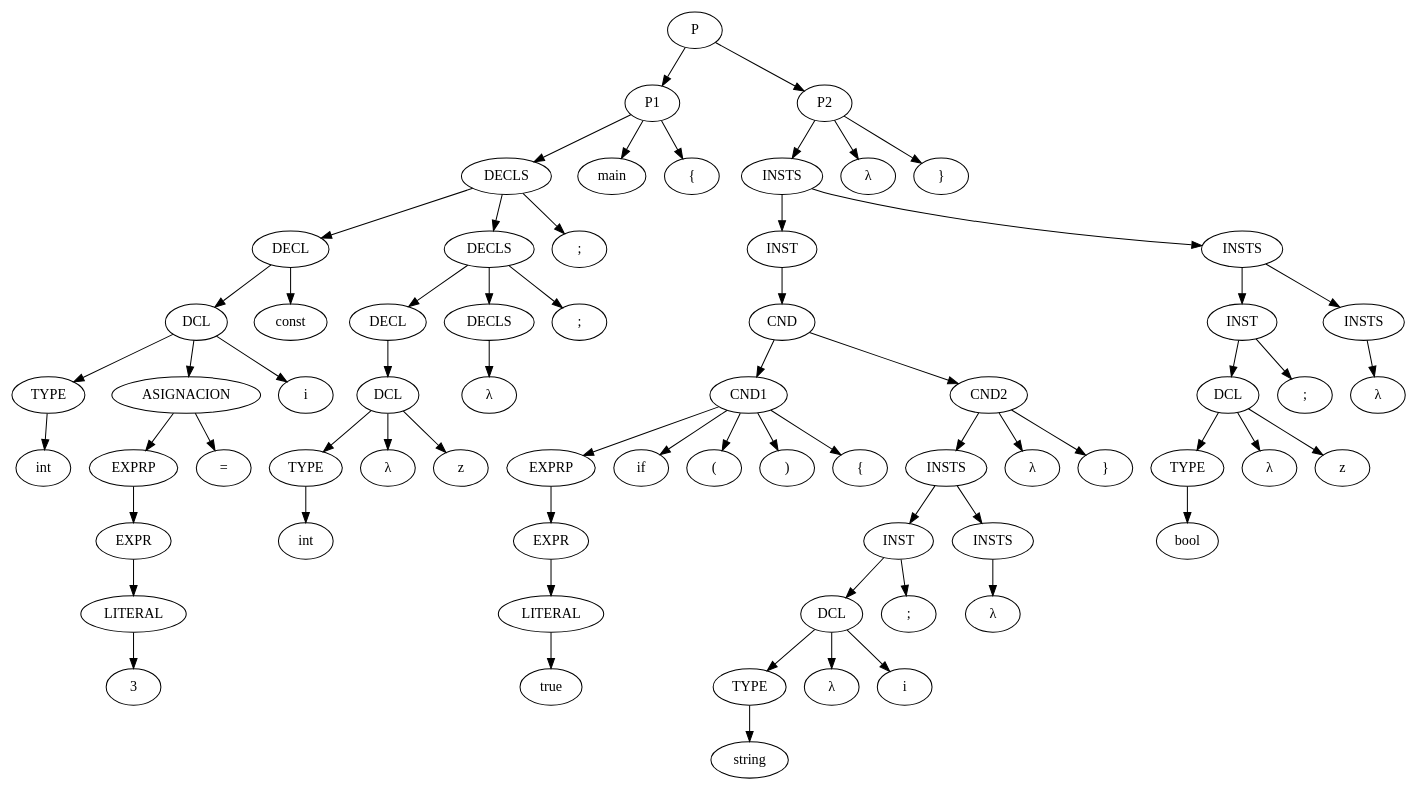
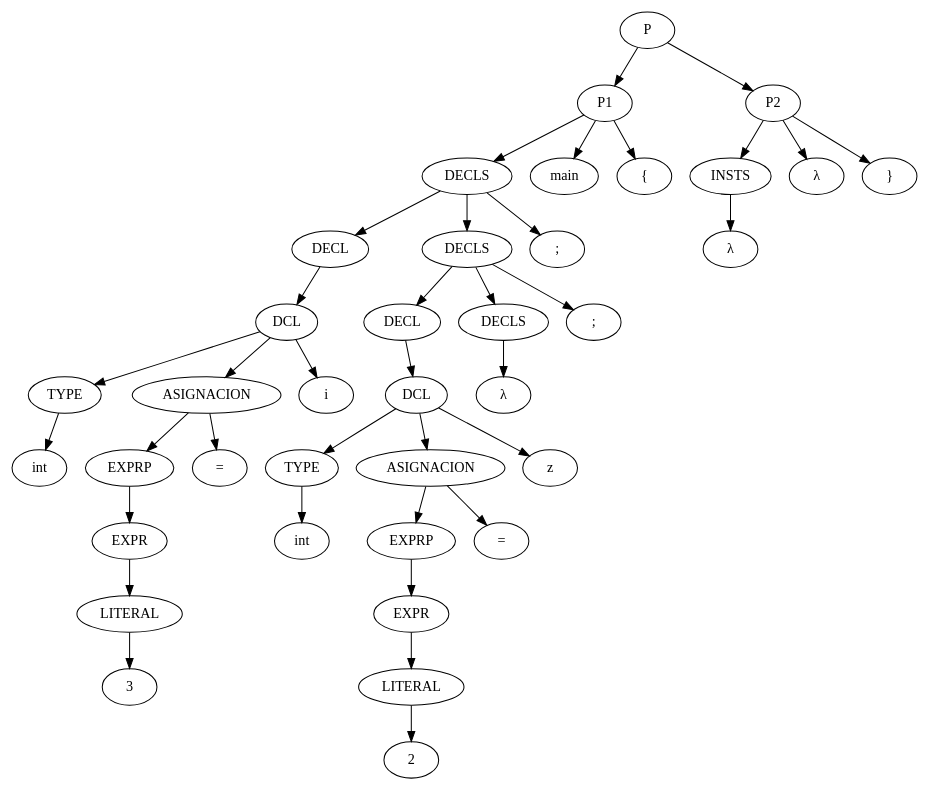
One commit to TomeuRamis/Csar changed the diagram in output/Arbol sintactico.dot. Above: the diagram before and after it, drawn with Graphviz. The commit also changed 5 other files, not shown here.

```diff
--- a/output/Arbol sintactico.dot
+++ b/output/Arbol sintactico.dot
@@ -1,133 +1,75 @@
 strict digraph G {
   s0 [ label="TYPE" ];
   s1 [ label="int" ];
   s2 [ label="LITERAL" ];
   s3 [ label="3" ];
   s4 [ label="EXPR" ];
   s5 [ label="EXPRP" ];
   s6 [ label="ASIGNACION" ];
   s7 [ label="=" ];
   s8 [ label="DCL" ];
   s9 [ label="i" ];
   s10 [ label="DECL" ];
-  s11 [ label="const" ];
-  s12 [ label="TYPE" ];
-  s13 [ label="int" ];
-  s14 [ label="λ" ];
-  s15 [ label="DCL" ];
-  s16 [ label="z" ];
-  s17 [ label="DECL" ];
-  s18 [ label="DECLS" ];
-  s19 [ label="λ" ];
-  s20 [ label="DECLS" ];
-  s21 [ label=";" ];
+  s11 [ label="TYPE" ];
+  s12 [ label="int" ];
+  s13 [ label="LITERAL" ];
+  s14 [ label="2" ];
+  s15 [ label="EXPR" ];
+  s16 [ label="EXPRP" ];
+  s17 [ label="ASIGNACION" ];
+  s18 [ label="=" ];
+  s19 [ label="DCL" ];
+  s20 [ label="z" ];
+  s21 [ label="DECL" ];
   s22 [ label="DECLS" ];
-  s23 [ label=";" ];
-  s24 [ label="P1" ];
-  s25 [ label="main" ];
-  s26 [ label="{" ];
-  s27 [ label="LITERAL" ];
-  s28 [ label="true" ];
-  s29 [ label="EXPR" ];
-  s30 [ label="EXPRP" ];
-  s31 [ label="CND1" ];
-  s32 [ label="if" ];
-  s33 [ label="(" ];
-  s34 [ label=")" ];
-  s35 [ label="{" ];
-  s36 [ label="TYPE" ];
-  s37 [ label="string" ];
-  s38 [ label="λ" ];
-  s39 [ label="DCL" ];
-  s40 [ label="i" ];
-  s41 [ label="INST" ];
-  s42 [ label=";" ];
-  s43 [ label="INSTS" ];
-  s44 [ label="λ" ];
-  s45 [ label="INSTS" ];
-  s46 [ label="λ" ];
-  s47 [ label="CND2" ];
-  s48 [ label="}" ];
-  s49 [ label="CND" ];
-  s50 [ label="INST" ];
-  s51 [ label="TYPE" ];
-  s52 [ label="bool" ];
-  s53 [ label="λ" ];
-  s54 [ label="DCL" ];
-  s55 [ label="z" ];
-  s56 [ label="INST" ];
-  s57 [ label=";" ];
-  s58 [ label="INSTS" ];
-  s59 [ label="λ" ];
-  s60 [ label="INSTS" ];
-  s61 [ label="INSTS" ];
-  s62 [ label="λ" ];
-  s63 [ label="P2" ];
-  s64 [ label="}" ];
-  s65 [ label="P" ];
+  s23 [ label="λ" ];
+  s24 [ label="DECLS" ];
+  s25 [ label=";" ];
+  s26 [ label="DECLS" ];
+  s27 [ label=";" ];
+  s28 [ label="P1" ];
+  s29 [ label="main" ];
+  s30 [ label="{" ];
+  s31 [ label="INSTS" ];
+  s32 [ label="λ" ];
+  s33 [ label="λ" ];
+  s34 [ label="P2" ];
+  s35 [ label="}" ];
+  s36 [ label="P" ];
   s0 -> s1;
   s2 -> s3;
   s4 -> s2;
   s5 -> s4;
   s6 -> s7;
   s6 -> s5;
   s8 -> s0;
   s8 -> s9;
   s8 -> s6;
-  s10 -> s11;
   s10 -> s8;
-  s12 -> s13;
-  s15 -> s12;
-  s15 -> s16;
-  s15 -> s14;
-  s17 -> s15;
-  s18 -> s19;
-  s20 -> s17;
-  s20 -> s21;
-  s20 -> s18;
-  s22 -> s10;
+  s11 -> s12;
+  s13 -> s14;
+  s15 -> s13;
+  s16 -> s15;
+  s17 -> s18;
+  s17 -> s16;
+  s19 -> s11;
+  s19 -> s20;
+  s19 -> s17;
+  s21 -> s19;
   s22 -> s23;
-  s22 -> s20;
+  s24 -> s21;
+  s24 -> s25;
   s24 -> s22;
-  s24 -> s25;
-  s24 -> s26;
-  s27 -> s28;
-  s29 -> s27;
-  s30 -> s29;
+  s26 -> s10;
+  s26 -> s27;
+  s26 -> s24;
+  s28 -> s26;
+  s28 -> s29;
+  s28 -> s30;
   s31 -> s32;
-  s31 -> s33;
-  s31 -> s30;
-  s31 -> s34;
-  s31 -> s35;
-  s36 -> s37;
-  s39 -> s36;
-  s39 -> s40;
-  s39 -> s38;
-  s41 -> s39;
-  s41 -> s42;
-  s43 -> s44;
-  s45 -> s41;
-  s45 -> s43;
-  s47 -> s45;
-  s47 -> s48;
-  s47 -> s46;
-  s49 -> s31;
-  s49 -> s47;
-  s50 -> s49;
-  s51 -> s52;
-  s54 -> s51;
-  s54 -> s55;
-  s54 -> s53;
-  s56 -> s54;
-  s56 -> s57;
-  s58 -> s59;
-  s60 -> s56;
-  s60 -> s58;
-  s61 -> s50;
-  s61 -> s60;
-  s63 -> s61;
-  s63 -> s64;
-  s63 -> s62;
-  s65 -> s24;
-  s65 -> s63;
+  s34 -> s31;
+  s34 -> s35;
+  s34 -> s33;
+  s36 -> s28;
+  s36 -> s34;
 }
```
